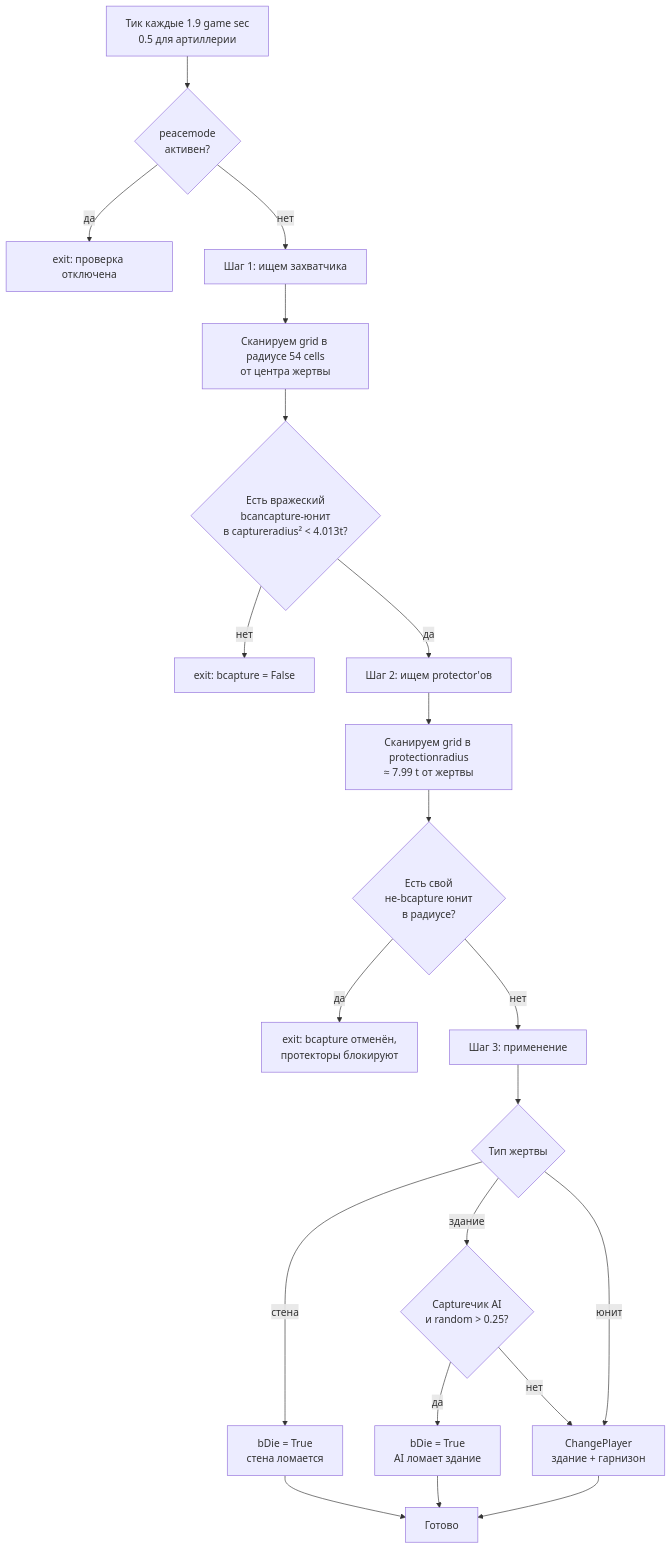
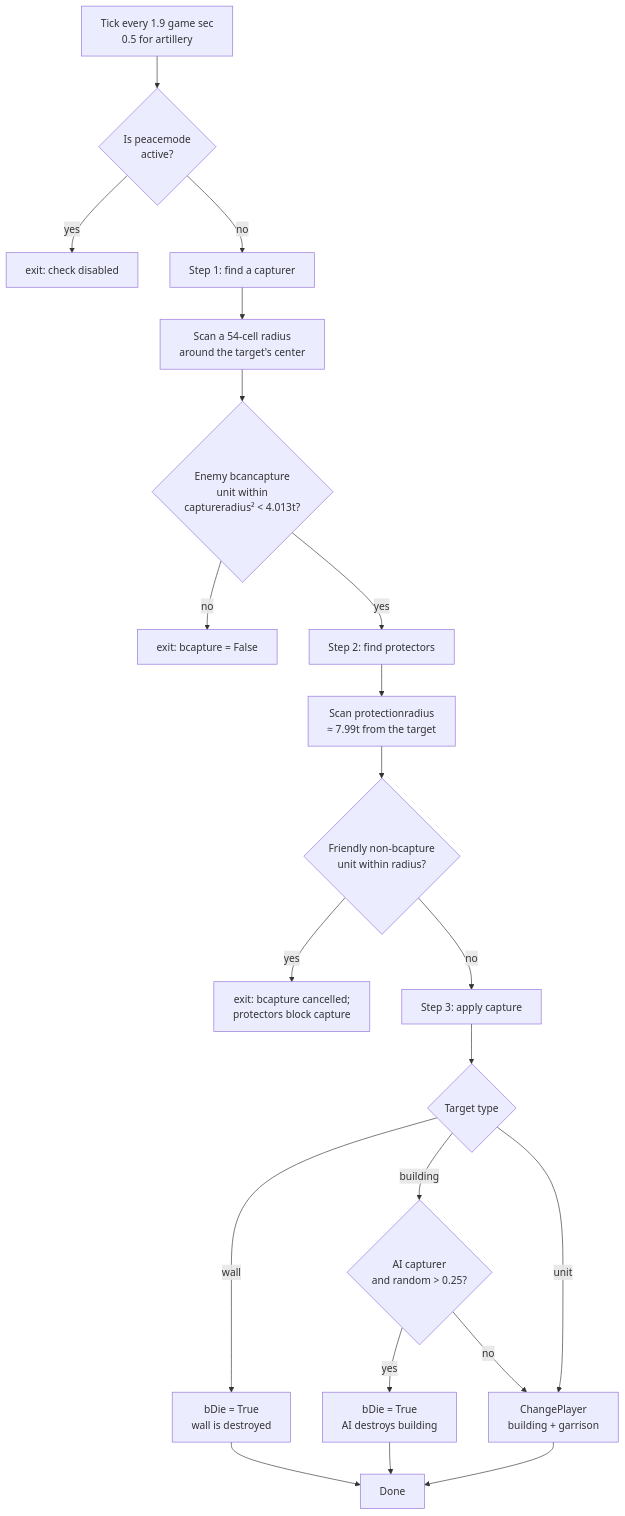
One commit to anyalink99/cossacks-3-almanac changed the diagram in docs_en/recon/world/economy/capture_mechanics.md. Above: the diagram before and after it, drawn with Mermaid. The commit also changed other lines of this file and 99 other files, not shown here.

````diff
--- a/docs_en/recon/world/economy/capture_mechanics.md
+++ b/docs_en/recon/world/economy/capture_mechanics.md
@@ -118,23 +124,23 @@
 ```mermaid
 flowchart TD
-    Tick[Тик каждые 1.9 game sec<br/>0.5 для артиллерии] --> Peace{peacemode<br/>активен?}
-    Peace -- да --> Stop1[exit: проверка отключена]
-    Peace -- нет --> Step1[Шаг 1: ищем захватчика]
-    Step1 --> Scan[Сканируем grid в радиусе 54 cells<br/>от центра жертвы]
-    Scan --> Found{Есть вражеский<br/>bcancapture-юнит<br/>в captureradius² &lt; 4.013t?}
-    Found -- нет --> Stop2[exit: bcapture = False]
-    Found -- да --> Step2[Шаг 2: ищем protector'ов]
-    Step2 --> Scan2[Сканируем grid в protectionradius<br/>≈ 7.99 t от жертвы]
-    Scan2 --> Prot{Есть свой<br/>не-bcapture юнит<br/>в радиусе?}
-    Prot -- да --> Stop3[exit: bcapture отменён,<br/>протекторы блокируют]
-    Prot -- нет --> Step3[Шаг 3: применение]
-    Step3 --> Type{Тип жертвы}
-    Type -- стена --> Die1[bDie = True<br/>стена ломается]
-    Type -- здание --> AICheck{Captureчик AI<br/>и random &gt; 0.25?}
-    AICheck -- да --> Die2[bDie = True<br/>AI ломает здание]
-    AICheck -- нет --> Change[ChangePlayer<br/>здание + гарнизон]
-    Type -- юнит --> Change
-    Change --> Done[Готово]
+    Tick[Tick every 1.9 game sec<br/>0.5 for artillery] --> Peace{Is peacemode<br/>active?}
+    Peace -- yes --> Stop1[exit: check disabled]
+    Peace -- no --> Step1[Step 1: find a capturer]
+    Step1 --> Scan[Scan a 54-cell radius<br/>around the target's center]
+    Scan --> Found{Enemy bcancapture<br/>unit within<br/>captureradius² &lt; 4.013t?}
+    Found -- no --> Stop2[exit: bcapture = False]
+    Found -- yes --> Step2[Step 2: find protectors]
+    Step2 --> Scan2[Scan protectionradius<br/>≈ 7.99t from the target]
+    Scan2 --> Prot{Friendly non-bcapture<br/>unit within radius?}
+    Prot -- yes --> Stop3[exit: bcapture cancelled;<br/>protectors block capture]
+    Prot -- no --> Step3[Step 3: apply capture]
+    Step3 --> Type{Target type}
+    Type -- wall --> Die1[bDie = True<br/>wall is destroyed]
+    Type -- building --> AICheck{AI capturer<br/>and random &gt; 0.25?}
+    AICheck -- yes --> Die2[bDie = True<br/>AI destroys building]
+    AICheck -- no --> Change[ChangePlayer<br/>building + garrison]
+    Type -- unit --> Change
+    Change --> Done[Done]
     Die1 --> Done
     Die2 --> Done
 ```
````
